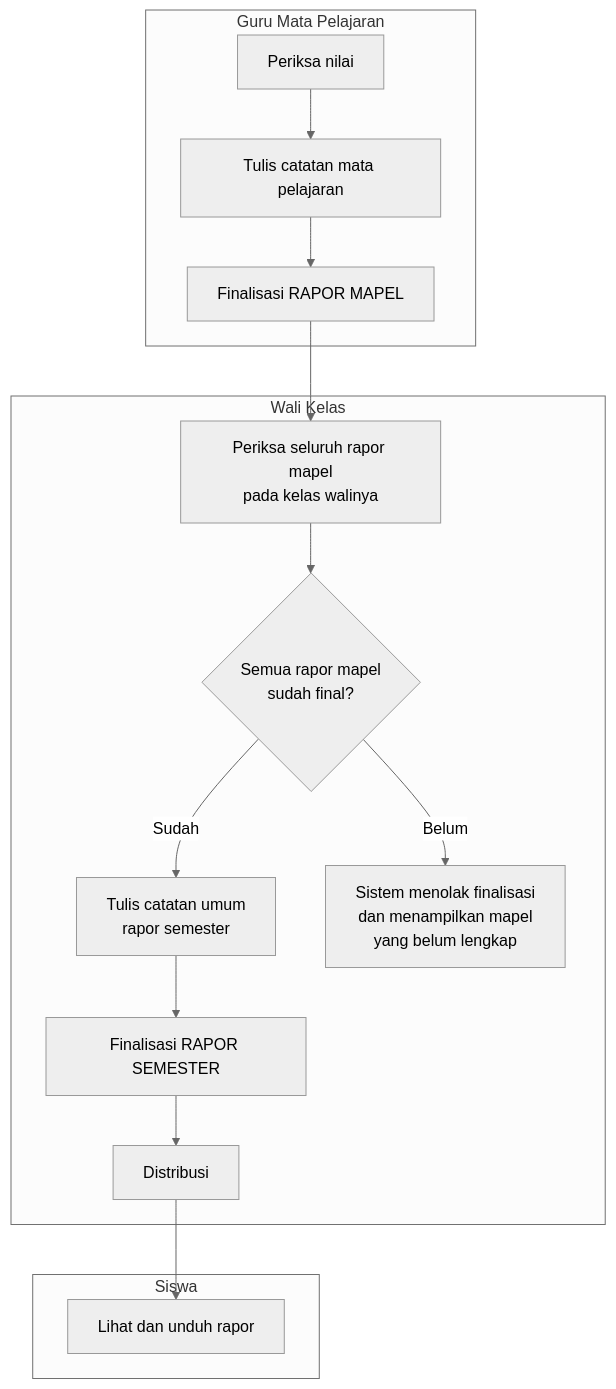
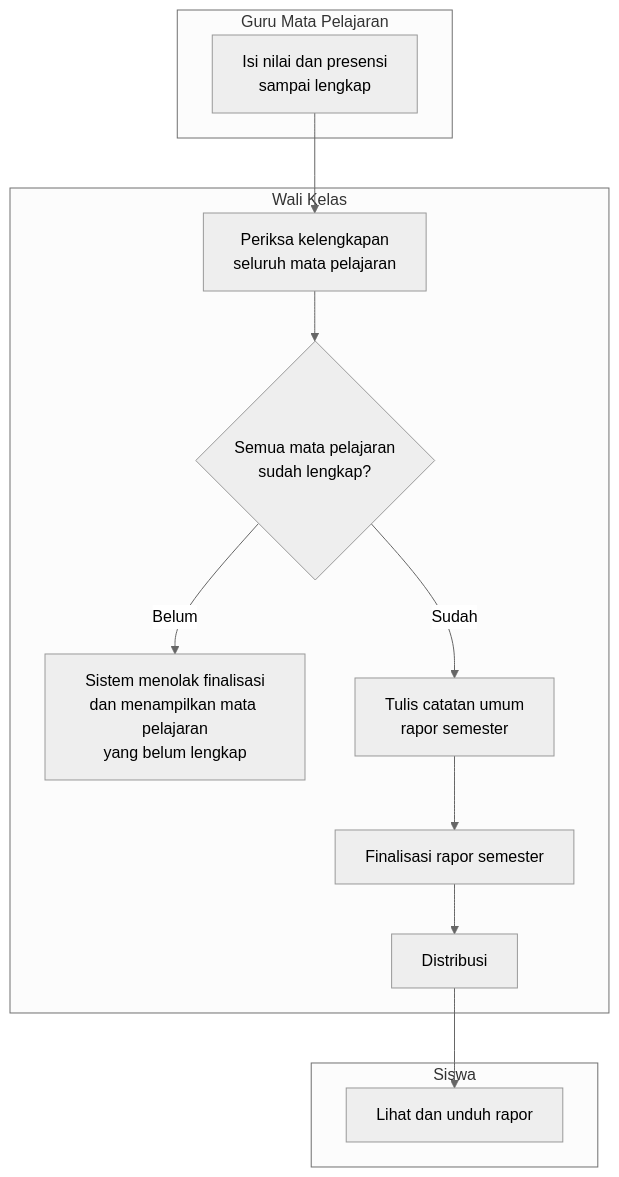
The third of 5 diagrams in PRD.md (Korean-Asean-Digital-Academy-Batch-4/Docs), drawn with Mermaid (neutral theme) before and after one commit. The commit also changed other lines of this file, not shown here.

First line of the commit message:
docs(prd): selaraskan PRD v2.1 dengan baseline MVP dan koreksi tim

````diff
--- a/PRD.md
+++ b/PRD.md
@@ -183,24 +199,22 @@
 ```mermaid
 flowchart TD
     subgraph GM["Guru Mata Pelajaran"]
-        A["Periksa nilai"]
-        B["Tulis catatan mata pelajaran"]
-        C["Finalisasi RAPOR MAPEL"]
-        A --> B --> C
+        A["Isi nilai dan presensi<br/>sampai lengkap"]
     end
     subgraph WK["Wali Kelas"]
-        D["Periksa seluruh rapor mapel<br/>pada kelas walinya"]
-        E{"Semua rapor mapel<br/>sudah final?"}
-        F["Tulis catatan umum<br/>rapor semester"]
-        G["Finalisasi RAPOR SEMESTER"]
-        H["Distribusi"]
-        D --> E
-        E -- "Belum" --> I["Sistem menolak finalisasi<br/>dan menampilkan mapel<br/>yang belum lengkap"]
-        E -- "Sudah" --> F --> G --> H
+        B["Periksa kelengkapan<br/>seluruh mata pelajaran"]
+        C{"Semua mata pelajaran<br/>sudah lengkap?"}
+        D["Sistem menolak finalisasi<br/>dan menampilkan mata pelajaran<br/>yang belum lengkap"]
+        E["Tulis catatan umum<br/>rapor semester"]
+        F["Finalisasi rapor semester"]
+        G["Distribusi"]
+        B --> C
+        C -- "Belum" --> D
+        C -- "Sudah" --> E --> F --> G
     end
     subgraph SW["Siswa"]
-        J["Lihat dan unduh rapor"]
+        H["Lihat dan unduh rapor"]
     end
-    C --> D
-    H --> J
+    A --> B
+    G --> H
 ```
````
